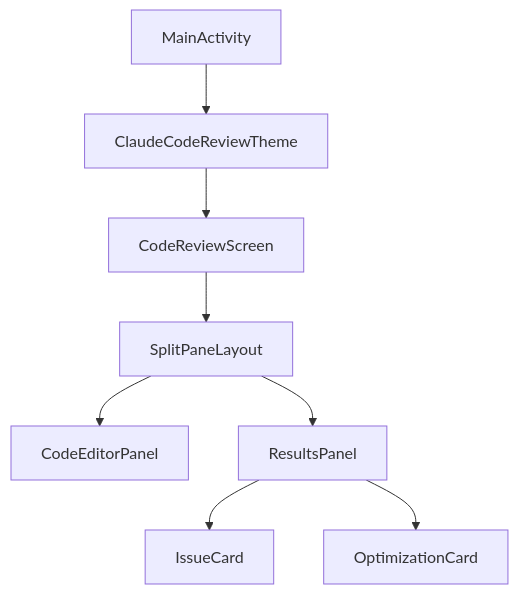
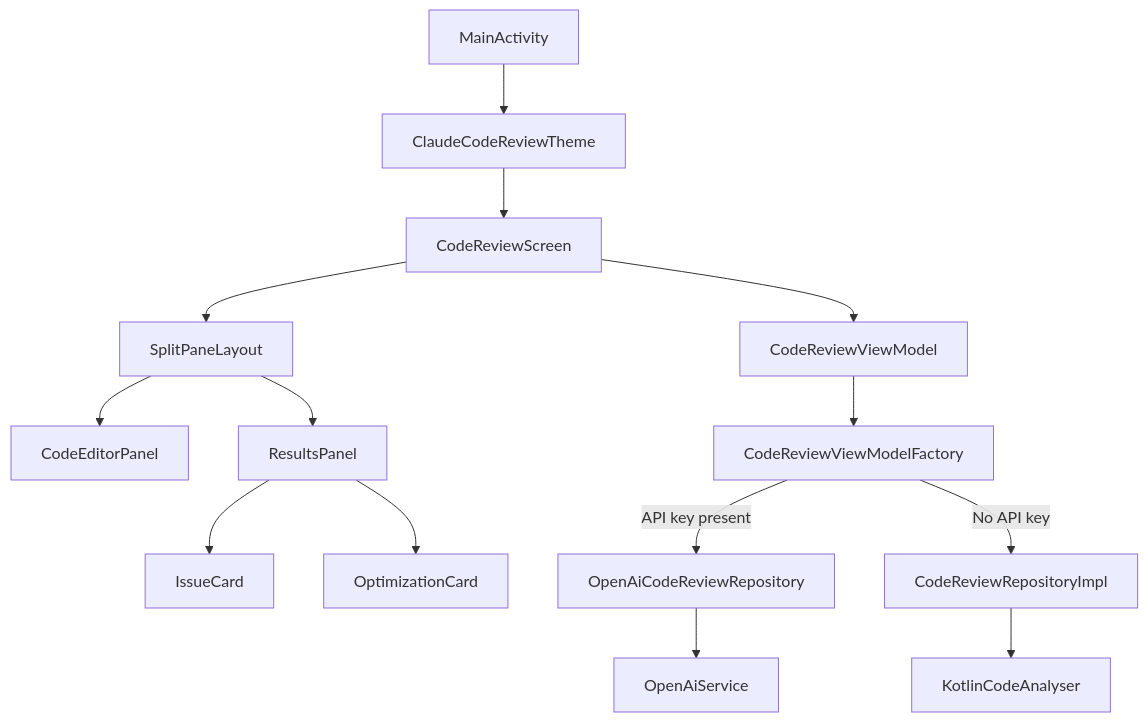
The first of 2 diagrams in README.md (naveedali/-Claude-Code-Review-), drawn with Mermaid before and after one commit. The commit also changed other lines of this file, not shown here.

````diff
--- a/README.md
+++ b/README.md
@@ -62,10 +148,16 @@
 ```mermaid
 graph TD
     A[MainActivity] --> T[ClaudeCodeReviewTheme]
     T --> S[CodeReviewScreen]
+    S --> VM[CodeReviewViewModel]
     S --> SP[SplitPaneLayout]
     SP --> CEP[CodeEditorPanel]
     SP --> RP[ResultsPanel]
     RP --> IC[IssueCard]
     RP --> OC[OptimizationCard]
+    VM --> F[CodeReviewViewModelFactory]
+    F -->|API key present| AI[OpenAiCodeReviewRepository]
+    F -->|No API key| LO[CodeReviewRepositoryImpl]
+    AI --> SVC[OpenAiService]
+    LO --> ANA[KotlinCodeAnalyser]
 ```
````
